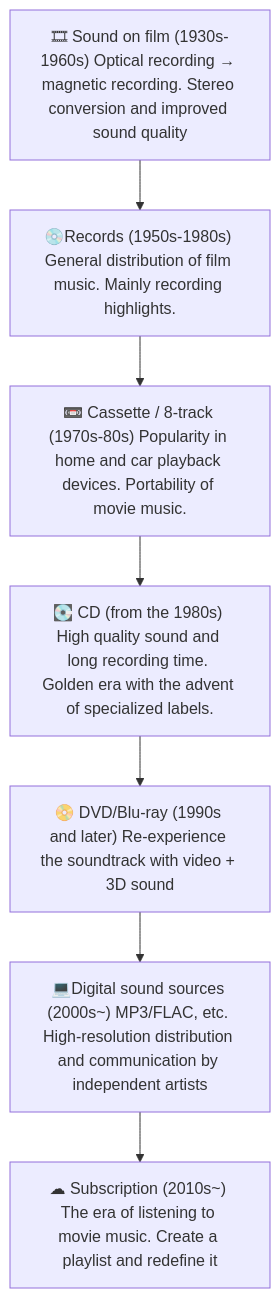
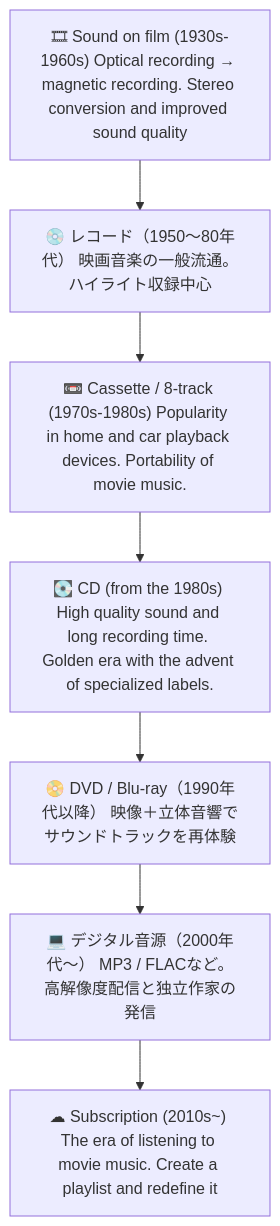
One commit to monumental-movement/monumental-movement.github.io changed the diagram in en/_posts/2025-07-17-Column-Soundtrack.md. Above: the diagram before and after it, drawn with Mermaid. The commit also changed other lines of this file and 2196 other files, not shown here.

```diff
--- a/en/_posts/2025-07-17-Column-Soundtrack.md
+++ b/en/_posts/2025-07-17-Column-Soundtrack.md
@@ -102,14 +102,14 @@
 <div class="mermaid">
 
 flowchart TD
   A["🎞 Sound on film (1930s-1960s) Optical recording → magnetic recording. Stereo conversion and improved sound quality"]
-  B["💿Records (1950s-1980s) General distribution of film music. Mainly recording highlights."]
-  C["📼 Cassette / 8-track (1970s-80s) Popularity in home and car playback devices. Portability of movie music."]
+  B["💿 レコード（1950〜80年代） 映画音楽の一般流通。ハイライト収録中心"]
+  C["📼 Cassette / 8-track (1970s-1980s) Popularity in home and car playback devices. Portability of movie music."]
   D["💽 CD (from the 1980s) High quality sound and long recording time. Golden era with the advent of specialized labels."]
-  E["📀 DVD/Blu-ray (1990s and later) Re-experience the soundtrack with video + 3D sound"]
-  F["💻Digital sound sources (2000s~) MP3/FLAC, etc. High-resolution distribution and communication by independent artists"]
+  E["📀 DVD / Blu-ray（1990年代以降） 映像＋立体音響でサウンドトラックを再体験"]
+  F["💻 デジタル音源（2000年代〜） MP3 / FLACなど。高解像度配信と独立作家の発信"]
   G["☁ Subscription (2010s~) The era of listening to movie music. Create a playlist and redefine it"]
 
   A --> B --> C --> D --> E --> F --> G
 
 </div>
```
